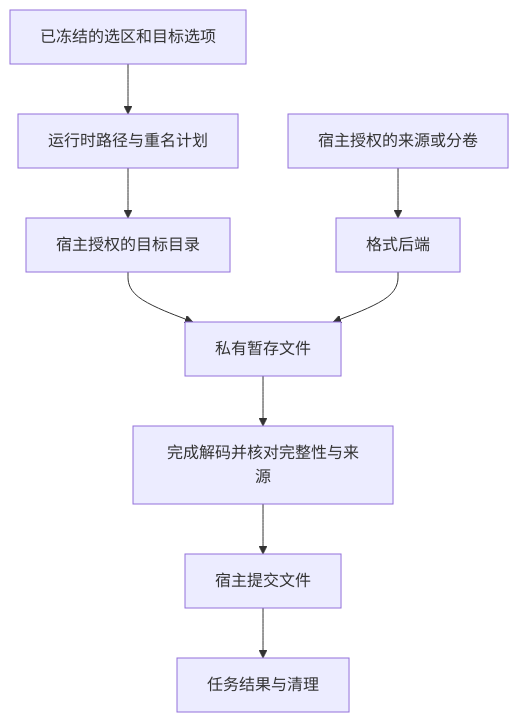
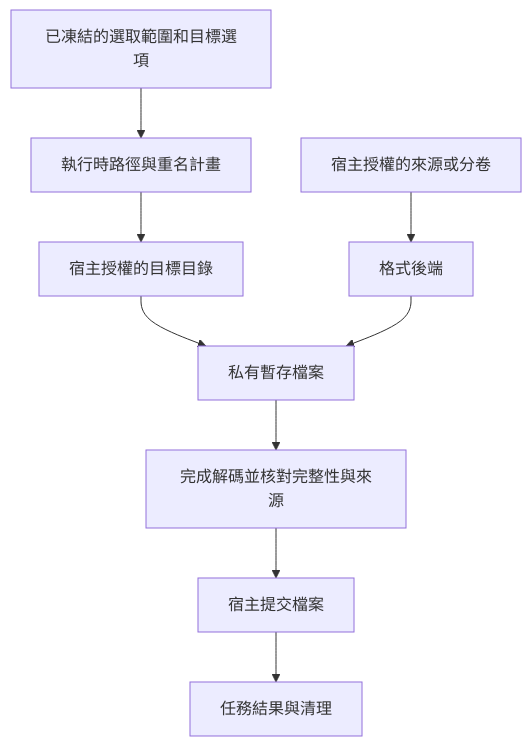
One commit to xiaodaozhi/xdzip changed the second of 2 diagrams in docs/zh-TW/design/system-architecture.md. Above: the diagram before and after it, drawn with Mermaid. The commit also changed other lines of this file and 12 other files, not shown here.

Commit message:
Correct source digests and review Traditional Chinese diagrams

````diff
--- a/docs/zh-TW/design/system-architecture.md
+++ b/docs/zh-TW/design/system-architecture.md
@@ -97,11 +97,11 @@
 ```mermaid
 flowchart TB
-  INTENT[已冻结的选区和目标选项] --> PLAN[运行时路径与重名计划]
-  PLAN --> AUTH[宿主授权的目标目录]
-  SOURCE[宿主授权的来源或分卷] --> DECODE[格式后端]
-  AUTH --> STAGE[私有暂存文件]
+  INTENT[已凍結的選取範圍和目標選項] --> PLAN[執行時路徑與重名計畫]
+  PLAN --> AUTH[宿主授權的目標目錄]
+  SOURCE[宿主授權的來源或分卷] --> DECODE[格式後端]
+  AUTH --> STAGE[私有暫存檔案]
   DECODE --> STAGE
-  STAGE --> VERIFY[完成解码并核对完整性与来源]
-  VERIFY --> COMMIT[宿主提交文件]
-  COMMIT --> RESULT[任务结果与清理]
+  STAGE --> VERIFY[完成解碼並核對完整性與來源]
+  VERIFY --> COMMIT[宿主提交檔案]
+  COMMIT --> RESULT[任務結果與清理]
 ```
````
